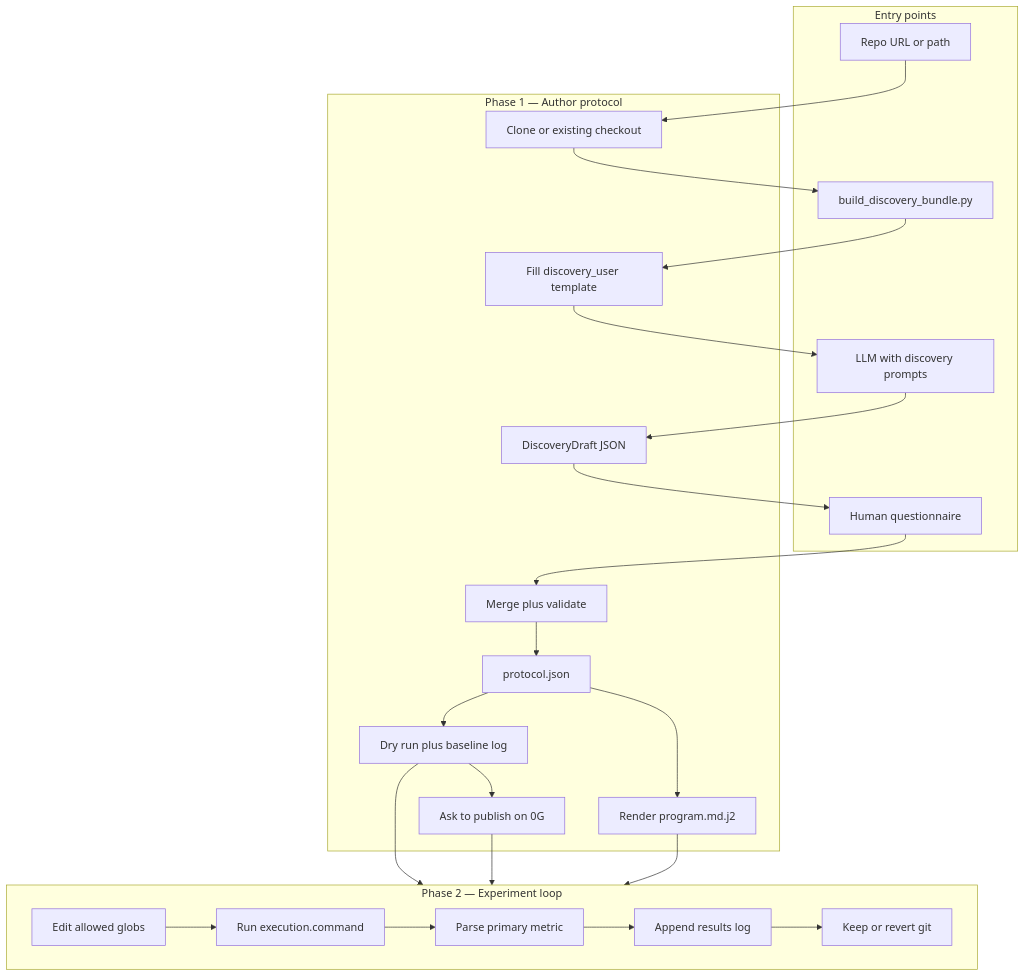
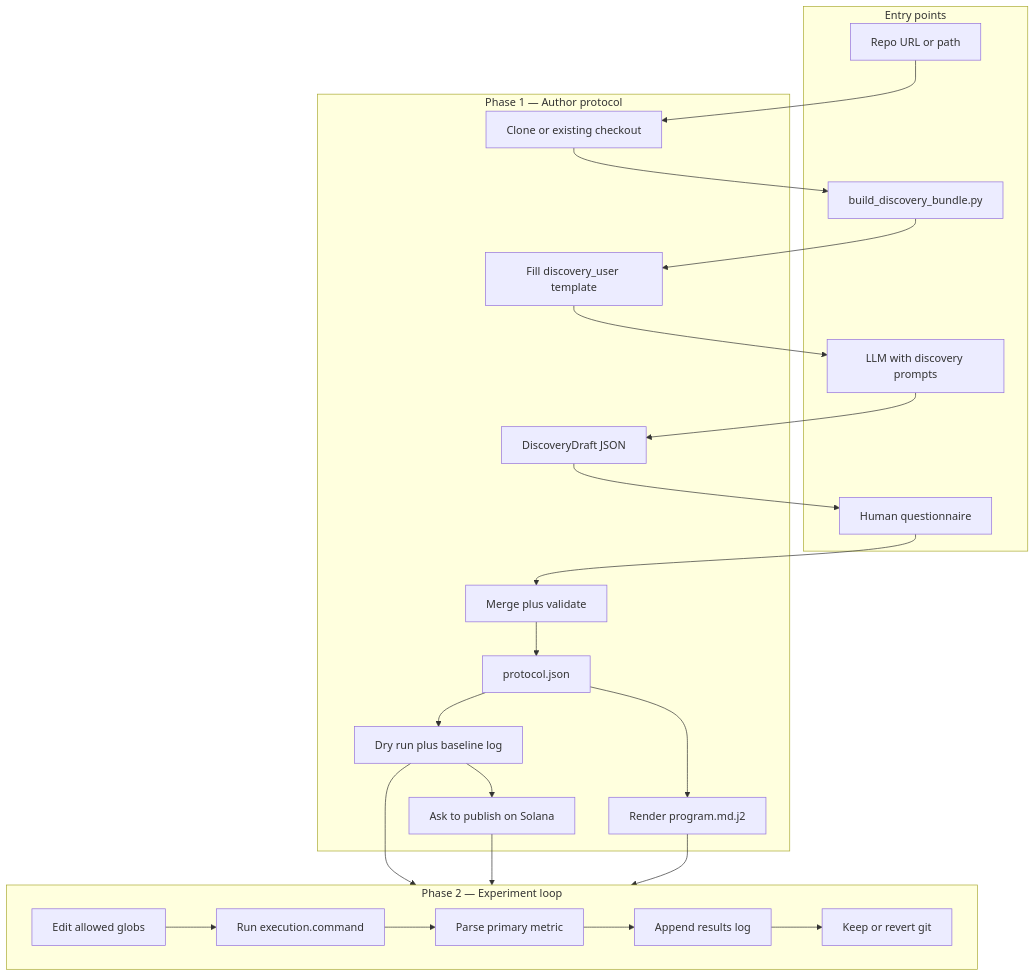
The first of 3 diagrams in autoresearch-create/workflow.md (Auto-Research-At-Home/skill), drawn with Mermaid before and after one commit. The commit also changed other lines of this file and 31 other files, not shown here.

````diff
--- a/autoresearch-create/workflow.md
+++ b/autoresearch-create/workflow.md
@@ -9,44 +9,44 @@
 ```mermaid
 flowchart TB
   subgraph entry [Entry points]
     url[Repo URL or path]
     bundleScript[build_discovery_bundle.py]
     llm[LLM with discovery prompts]
     human[Human questionnaire]
   end
 
   subgraph phase1 [Phase 1 — Author protocol]
     clone[Clone or existing checkout]
     fill[Fill discovery_user template]
     draft[DiscoveryDraft JSON]
     merge[Merge plus validate]
     proto[protocol.json]
     render[Render program.md.j2]
     baseline[Dry run plus baseline log]
-    publish[Ask to publish on 0G]
+    publish[Ask to publish on Solana]
   end
 
   subgraph phase2 [Phase 2 — Experiment loop]
     edit[Edit allowed globs]
     run[Run execution.command]
     metric[Parse primary metric]
     log[Append results log]
     gitkeep[Keep or revert git]
   end
 
   url --> clone
   bundleScript --> fill
   clone --> bundleScript
   fill --> llm
   llm --> draft
   draft --> human
   human --> merge
   merge --> proto
   proto --> render
   proto --> baseline
   baseline --> publish
   baseline --> phase2
   publish --> phase2
   render --> phase2
   edit --> run --> metric --> log --> gitkeep
 ```
````
